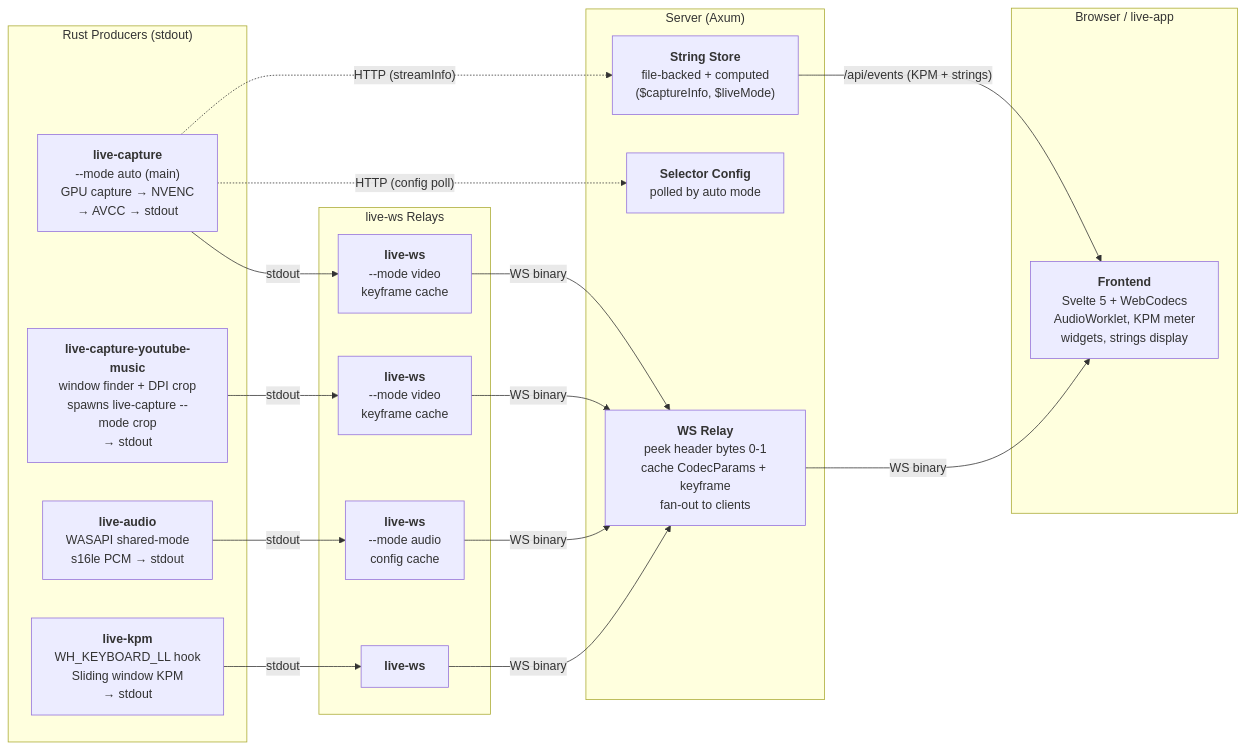
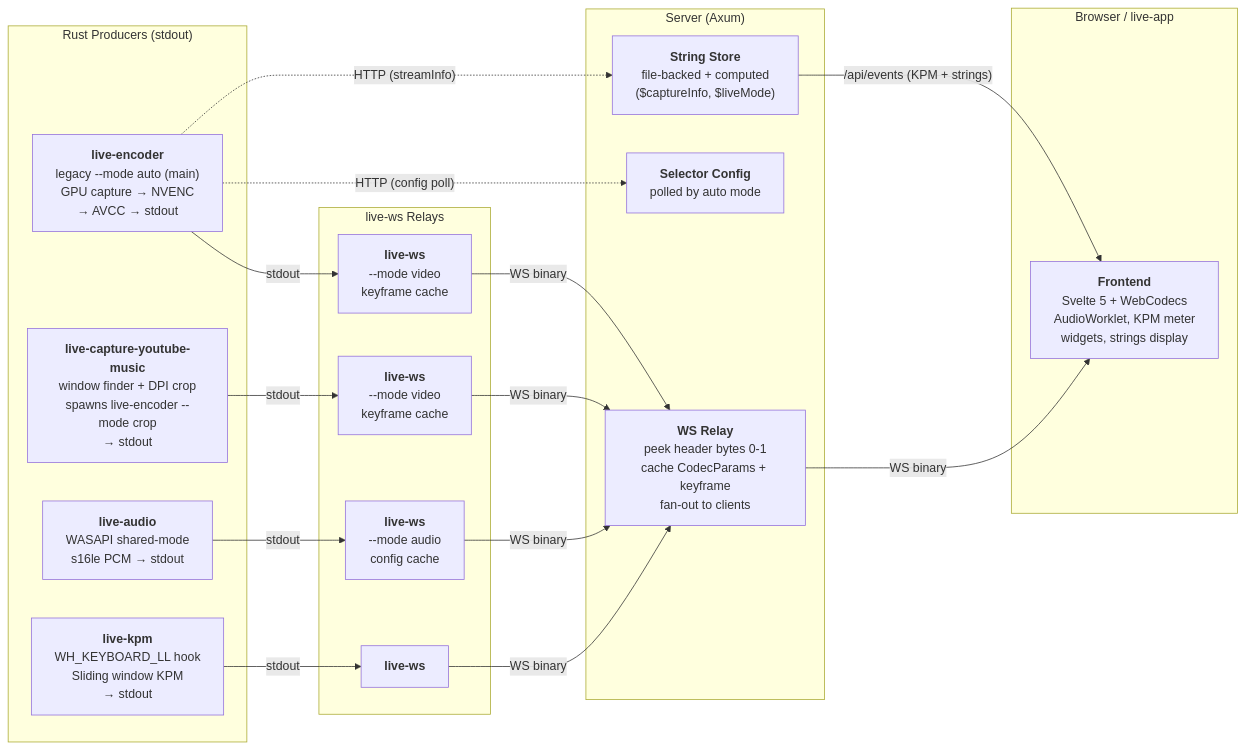
One commit to NekomaruQwQ/TurboCapture changed the first of 2 diagrams in docs/README.md. Above: the diagram before and after it, drawn with Mermaid. The commit also changed other lines of this file and 33 other files, not shown here.

Commit message:
Rename and extract live-encoder

````diff
--- a/docs/README.md
+++ b/docs/README.md
@@ -69,42 +69,42 @@
 ```mermaid
 graph LR
     subgraph producers["Rust Producers (stdout)"]
-        capture_auto["<b>live-capture</b><br/>--mode auto (main)<br/>GPU capture → NVENC<br/>→ AVCC → stdout"]
-        capture_youtube_music["<b>live-capture-youtube-music</b><br/>window finder + DPI crop<br/>spawns live-capture --mode crop<br/>→ stdout"]
+        capture_auto["<b>live-encoder</b><br/>legacy --mode auto (main)<br/>GPU capture → NVENC<br/>→ AVCC → stdout"]
+        capture_youtube_music["<b>live-capture-youtube-music</b><br/>window finder + DPI crop<br/>spawns live-encoder --mode crop<br/>→ stdout"]
         audio["<b>live-audio</b><br/>WASAPI shared-mode<br/>s16le PCM → stdout"]
         kpm["<b>live-kpm</b><br/>WH_KEYBOARD_LL hook<br/>Sliding window KPM<br/>→ stdout"]
     end
 
     subgraph relays["live-ws Relays"]
         ws_main["<b>live-ws</b><br/>--mode video<br/>keyframe cache"]
         ws_youtube_music["<b>live-ws</b><br/>--mode video<br/>keyframe cache"]
         ws_audio["<b>live-ws</b><br/>--mode audio<br/>config cache"]
         ws_kpm["<b>live-ws</b>"]
     end
 
     subgraph server["Server (Axum)"]
         relay["<b>WS Relay</b><br/>peek header bytes 0-1<br/>cache CodecParams + keyframe<br/>fan-out to clients"]
         strings["<b>String Store</b><br/>file-backed + computed<br/>($captureInfo, $liveMode)"]
         config["<b>Selector Config</b><br/>polled by auto mode"]
     end
 
     subgraph frontend["Browser / live-app"]
         viewer["<b>Frontend</b><br/>Svelte 5 + WebCodecs<br/>AudioWorklet, KPM meter<br/>widgets, strings display"]
     end
 
     capture_auto -- "stdout" --> ws_main
     capture_youtube_music -- "stdout" --> ws_youtube_music
     audio -- "stdout" --> ws_audio
     kpm -- "stdout" --> ws_kpm
 
     ws_main -- "WS binary" --> relay
     ws_youtube_music -- "WS binary" --> relay
     ws_audio -- "WS binary" --> relay
     ws_kpm -- "WS binary" --> relay
 
     capture_auto -. "HTTP (config poll)" .-> config
     capture_auto -. "HTTP (streamInfo)" .-> strings
 
     relay -- "WS binary" --> viewer
     strings -- "/api/events (KPM + strings)" --> viewer
 ```
````
